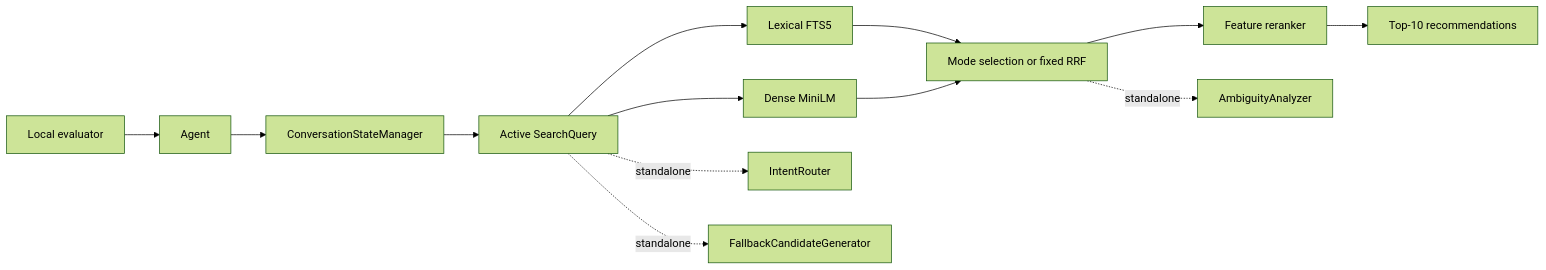
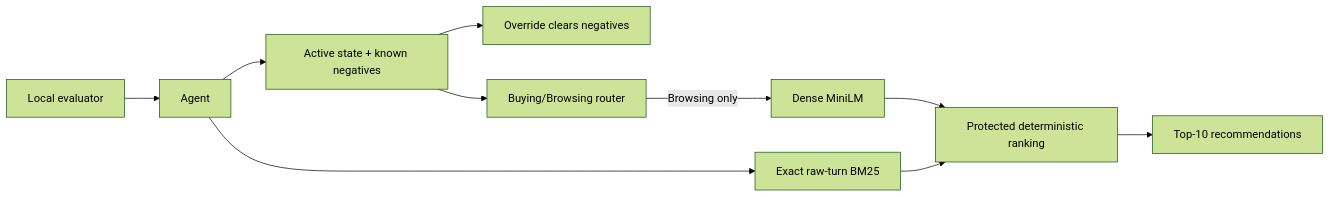
The diagram in techjam-conversational-search-participant-kit/README.md (wenyiliangg/tiktok-future-employees), drawn with Mermaid (forest theme) before and after one commit. The commit also changed other lines of this file and 3 other files, not shown here.

````diff
--- a/techjam-conversational-search-participant-kit/README.md
+++ b/techjam-conversational-search-participant-kit/README.md
@@ -41,16 +42,12 @@
 ```mermaid
 flowchart LR
     E[Local evaluator] --> A[Agent]
-    A --> S[ConversationStateManager]
-    S --> Q[Active SearchQuery]
-    Q --> L[Lexical FTS5]
-    Q --> D[Dense MiniLM]
-    L --> F[Mode selection or fixed RRF]
-    D --> F
-    F --> X[Feature reranker]
-    X --> R[Top-10 recommendations]
-
-    Q -. standalone .-> I[IntentRouter]
-    Q -. standalone .-> B[FallbackCandidateGenerator]
-    F -. standalone .-> C[AmbiguityAnalyzer]
+    A --> S[Active state + known negatives]
+    A --> B[Exact raw-turn BM25]
+    S --> O[Override clears negatives]
+    S --> I[Buying/Browsing router]
+    I -->|Browsing only| D[Dense MiniLM]
+    B --> R[Protected deterministic ranking]
+    D --> R
+    R --> T[Top-10 recommendations]
 ```
````
